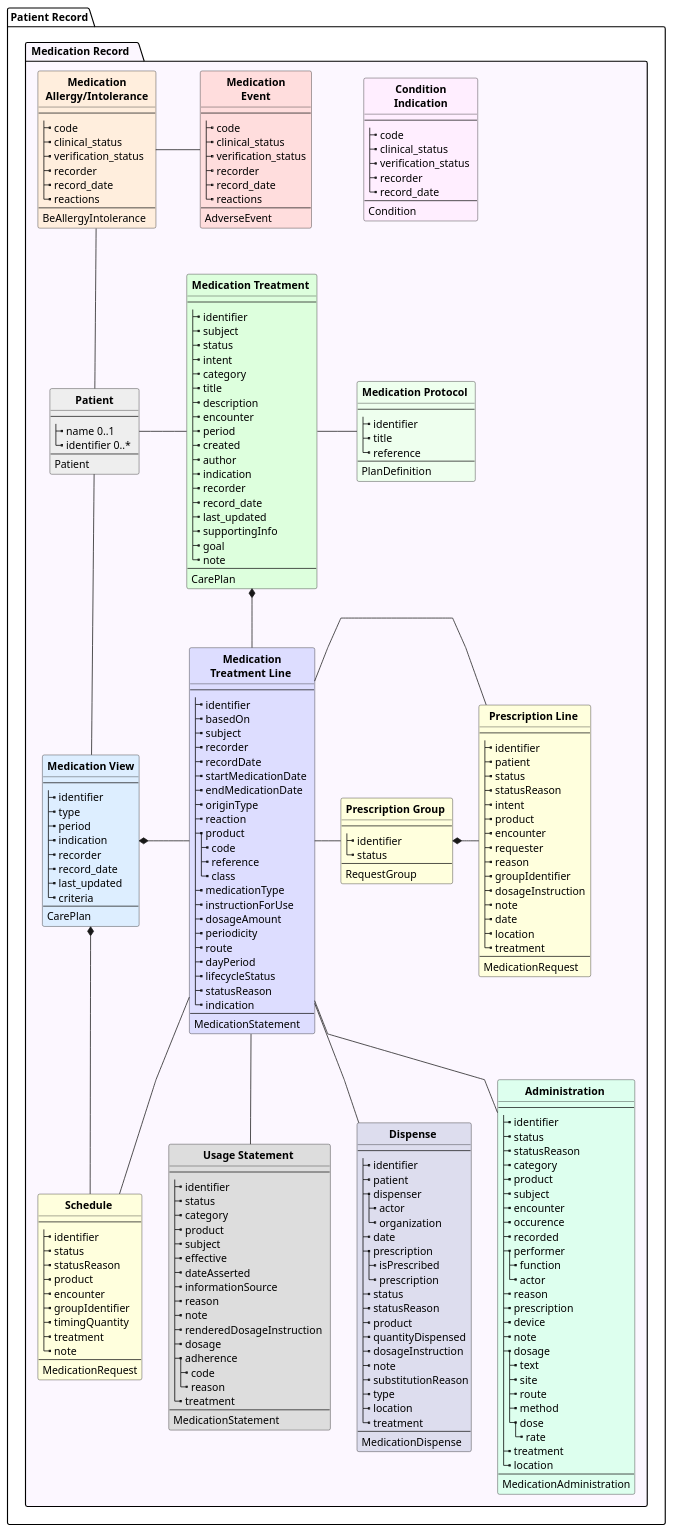
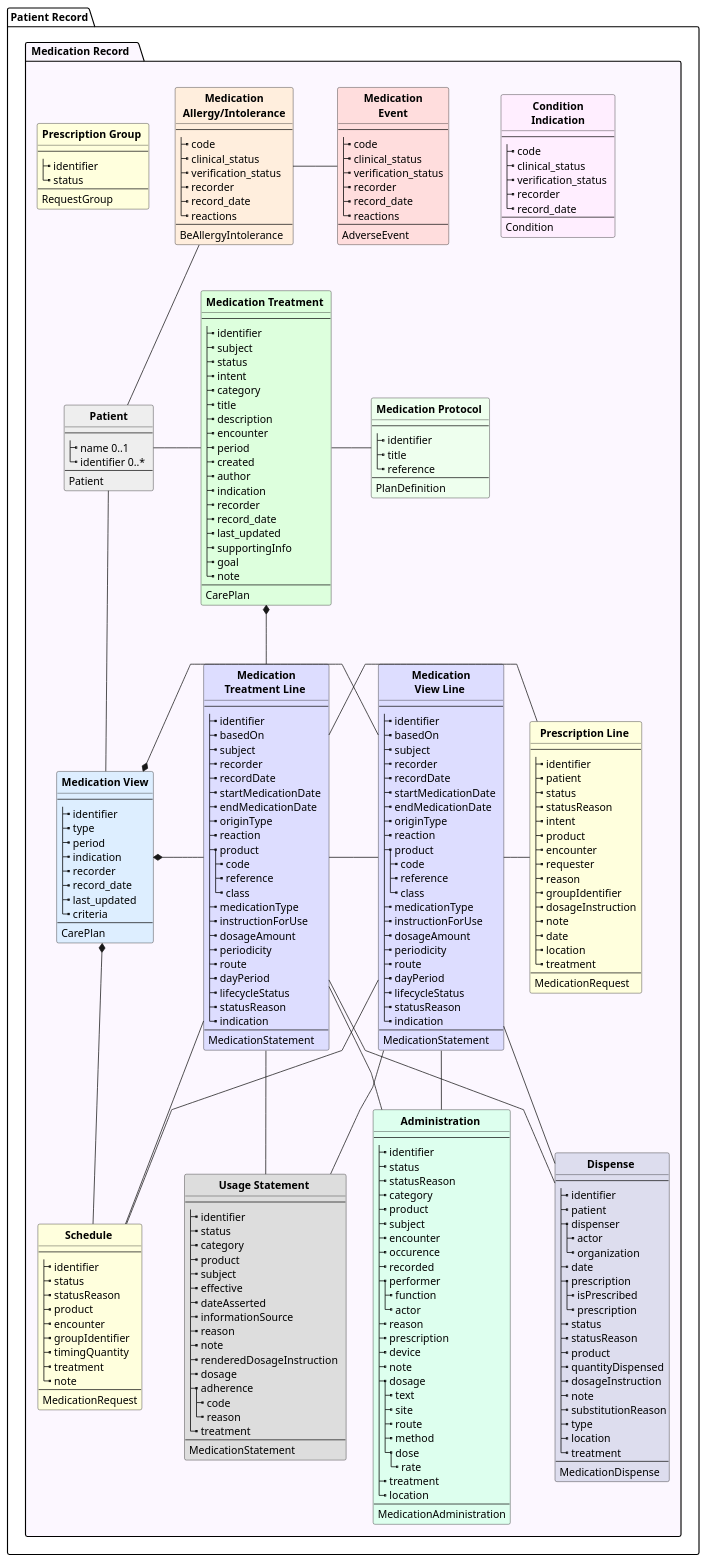
Before and after one commit to jcostateixeira/riziv-medication-record: the diagram in input/images-source/medrecord-fhirresources.plantuml, drawn with PlantUML.

```diff
--- a/input/images-source/medrecord-fhirresources.plantuml
+++ b/input/images-source/medrecord-fhirresources.plantuml
@@ -31,6 +31,34 @@
 
 
     class " **Medication** \n **Treatment Line ** " as MTL #DDF {
+        --
+        |_ identifier 
+        |_ basedOn 
+        |_ subject 
+        |_ recorder 
+        |_ recordDate 
+        |_ startMedicationDate   
+        |_ endMedicationDate 
+        |_ originType 
+        |_ reaction 
+        |_ product
+          |_ code
+          |_ reference
+          |_ class
+        |_ medicationType 
+        |_ instructionForUse 
+        |_ dosageAmount 
+        |_ periodicity 
+        |_ route 
+        |_ dayPeriod 
+        |_ lifecycleStatus 
+        |_ statusReason 
+        |_ indication
+        --
+        MedicationStatement
+    }
+
+    class " **Medication** \n **View Line ** " as MVL #DDF {
         --
         |_ identifier 
         |_ basedOn 
@@ -260,7 +288,9 @@
 
 
 p -d- MS
+MS *-r- MVL: "         "
 MS *-r- MTL: "         "
+MVL -r- MTL: "         "
 MT *-d- MTL: "         "
 p -r- MT : "        "
 MT -r- MP : "     "
@@ -270,20 +300,30 @@
 ADE -r[hidden]- IND : "          "
 
 
-PRE *-r- PREL
+'PRE *-r- PREL
 
-MTL -r- PRE
-MTL - PREL
+'MTL -r- PRE
+MTL -r- PREL:"         "
 MTL - USE
 MTL -d- DIS
 MTL - ADM
 MS *-d- SCH
 MTL - SCH
 
+
+
+
+MVL - PREL
+MVL - USE
+MVL - DIS
+MVL - ADM
+MVL - SCH
+
+
 'MS -d[hidden]- USE
-SCH -r[hidden]- USE
-USE -r[hidden]- DIS
-DIS -r[hidden]- ADM
+SCH -r[hidden]- USE : "      "
+USE -r[hidden]- DIS: "      "
+DIS -r[hidden]- ADM: "       "
 
 
 
```
